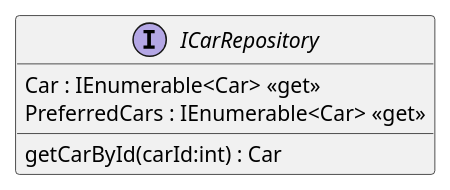
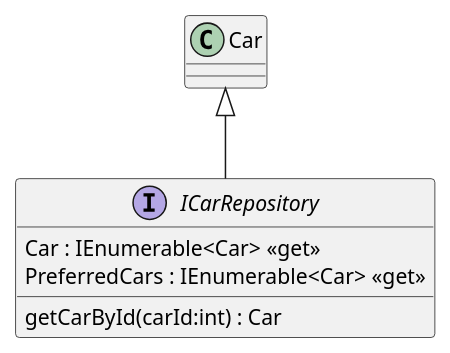
The diagram in CarAndGo/Data/Interfaces/ICarRepository.puml (daniel2IT/CarAndGoWebApp), drawn with PlantUML before and after one commit. The commit also changed 16 other files, not shown here.

```diff
--- a/CarAndGo/Data/Interfaces/ICarRepository.puml
+++ b/CarAndGo/Data/Interfaces/ICarRepository.puml
@@ -1,7 +1,8 @@
 @startuml
 interface ICarRepository {
     Car : IEnumerable<Car> <<get>>
     PreferredCars : IEnumerable<Car> <<get>>
     getCarById(carId:int) : Car
 }
+Car <|-- ICarRepository
 @enduml
```
